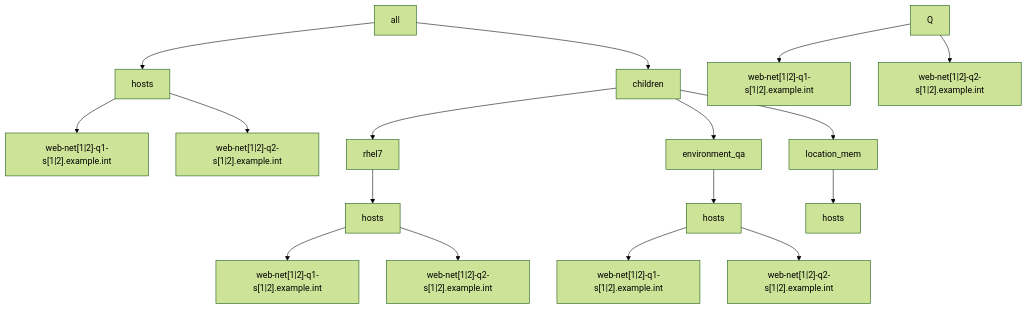
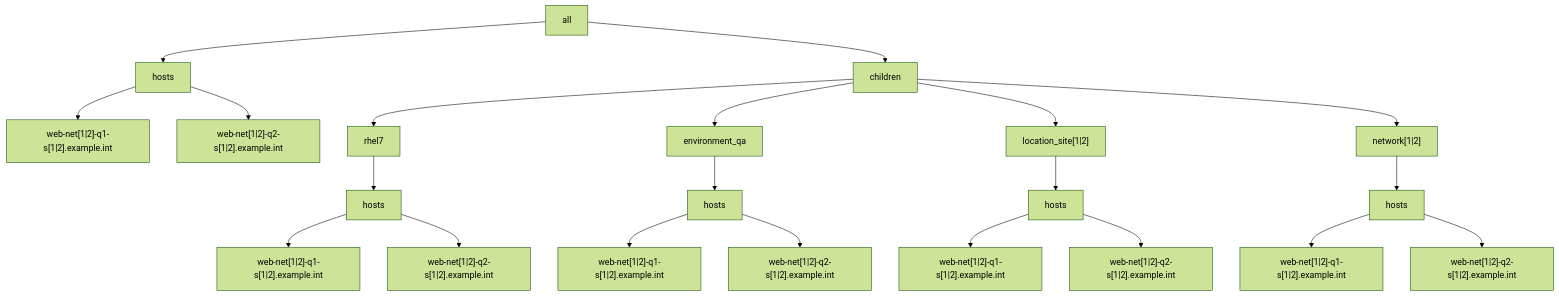
One commit to lj020326/Ansible-inventory-file-examples changed the second of 2 diagrams in tests/ansible-multiple-yaml-inventories/example3/README.md. Above: the diagram before and after it, drawn with Mermaid (forest theme). The commit also changed 1 other file, not shown here.

Commit message:
develop-lj - 	modified:   tests/ansible-multiple-yaml-inventories/example1/README.md 	modified:   tests/ansible-multiple-yaml-inventories/example3/README.md

````diff
--- a/tests/ansible-multiple-yaml-inventories/example3/README.md
+++ b/tests/ansible-multiple-yaml-inventories/example3/README.md
@@ -33,19 +33,23 @@
 ```mermaid
 graph TD;
-    A[all] --> B[hosts]
-    A[all] --> C[children]
-    B --> D["web-net[1|2]-q1-s[1|2].example.int"]
-    B --> E["web-net[1|2]-q2-s[1|2].example.int"]
-    C --> F[rhel7]
-    C --> G[environment_qa]
-    C --> H[location_mem]
-    F --> I[hosts]
-    I --> J["web-net[1|2]-q1-s[1|2].example.int"]
-    I --> K["web-net[1|2]-q2-s[1|2].example.int"]
-    G --> N[hosts]
-    N --> M["web-net[1|2]-q1-s[1|2].example.int"]
-    N --> O["web-net[1|2]-q2-s[1|2].example.int"]
-    H --> P[hosts]
+    A[all] --> C[hosts]
+    A[all] --> D[children]
+    C --> I["web-net[1|2]-q1-s[1|2].example.int"]
+    C --> J["web-net[1|2]-q2-s[1|2].example.int"]
+    D --> E[rhel7]
+    D --> F[environment_qa]
+    D --> G["location_site[1|2]"]
+    D --> H["network[1|2]"]
+    E --> K[hosts]
+    K --> L["web-net[1|2]-q1-s[1|2].example.int"]
+    K --> M["web-net[1|2]-q2-s[1|2].example.int"]
+    F --> N[hosts]
+    N --> O["web-net[1|2]-q1-s[1|2].example.int"]
+    N --> P["web-net[1|2]-q2-s[1|2].example.int"]
+    G --> Q[hosts]
     Q --> R["web-net[1|2]-q1-s[1|2].example.int"]
     Q --> S["web-net[1|2]-q2-s[1|2].example.int"]
+    H --> T[hosts]
+    T --> U["web-net[1|2]-q1-s[1|2].example.int"]
+    T --> W["web-net[1|2]-q2-s[1|2].example.int"]
 ```
````
